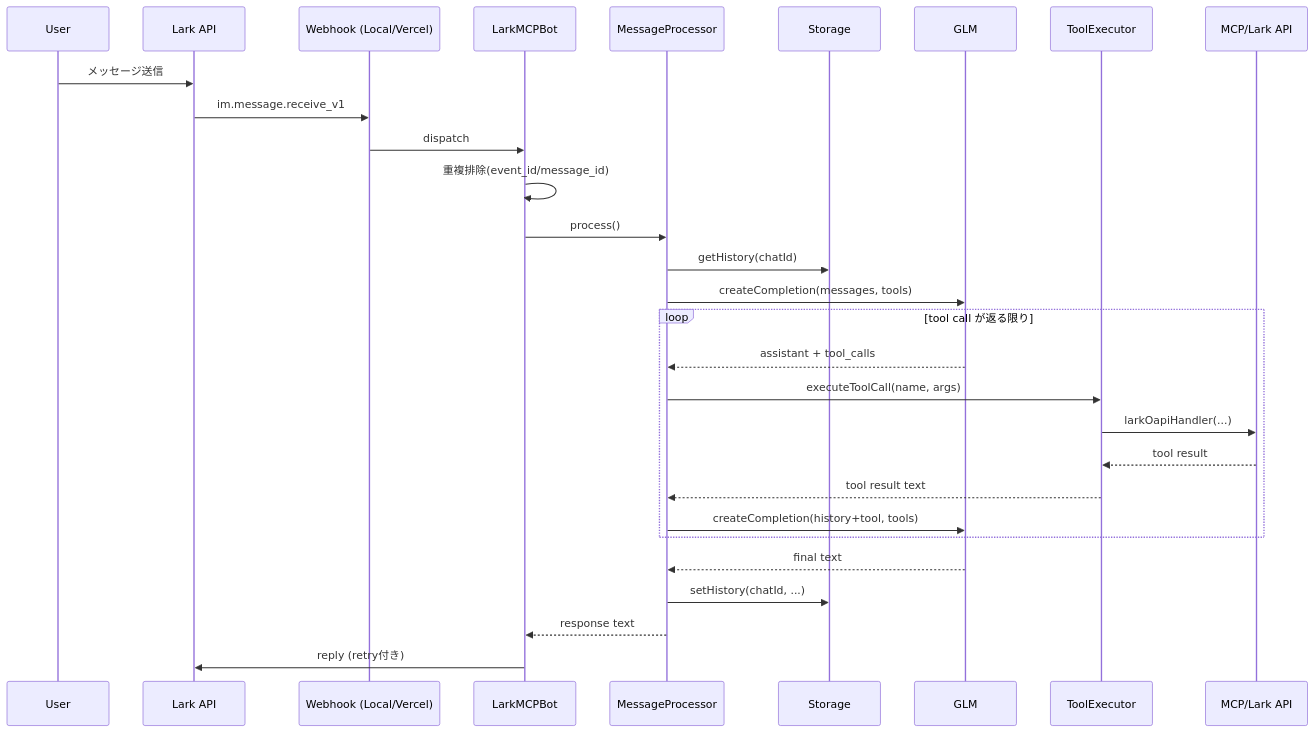
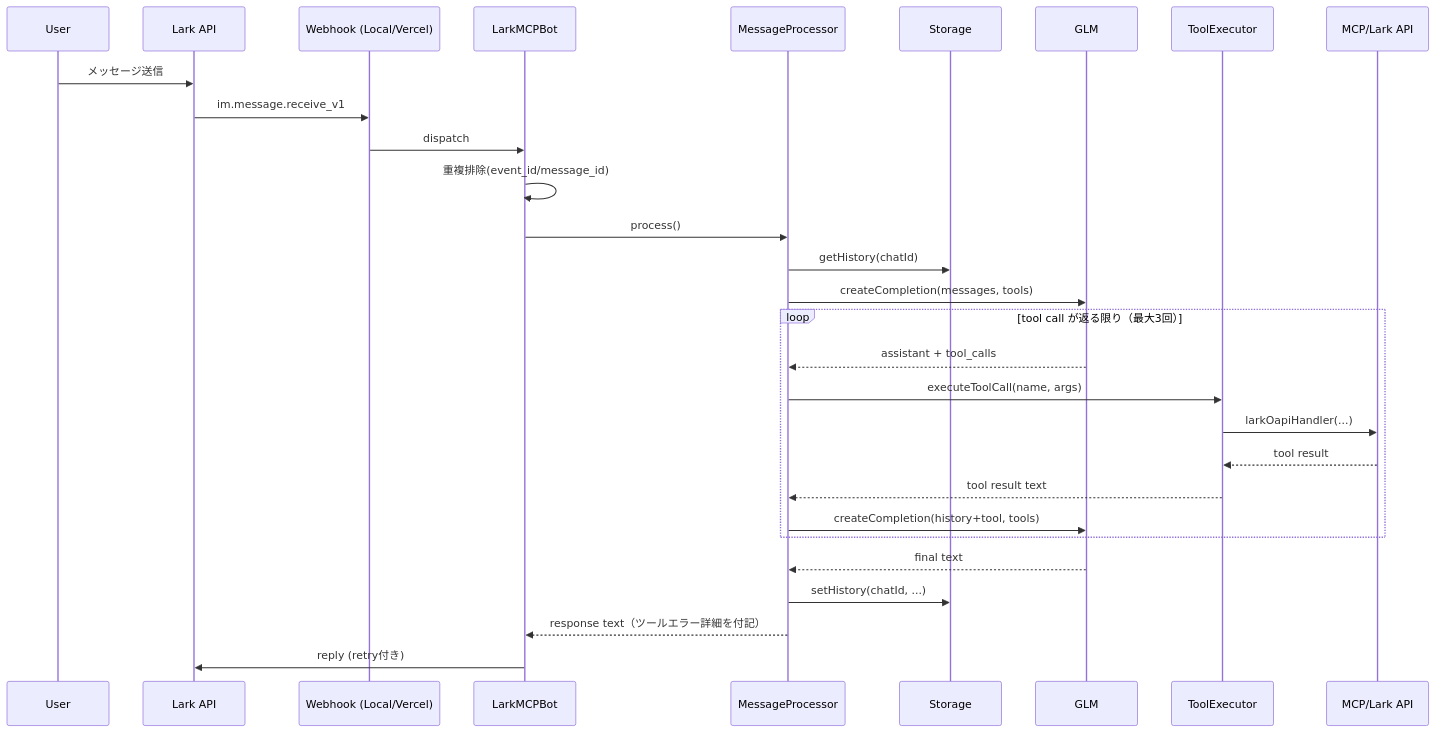
One commit to shoma-endo/lark-mcp-bot changed the second of 2 diagrams in README.md. Above: the diagram before and after it, drawn with Mermaid. The commit also changed other lines of this file and 4 other files, not shown here.

````diff
--- a/README.md
+++ b/README.md
@@ -89,34 +103,34 @@
 ```mermaid
 sequenceDiagram
     participant U as User
     participant L as Lark API
     participant W as Webhook (Local/Vercel)
     participant B as LarkMCPBot
     participant P as MessageProcessor
     participant S as Storage
     participant G as GLM
     participant T as ToolExecutor
     participant M as MCP/Lark API
 
     U->>L: メッセージ送信
     L->>W: im.message.receive_v1
     W->>B: dispatch
     B->>B: 重複排除(event_id/message_id)
     B->>P: process()
     P->>S: getHistory(chatId)
     P->>G: createCompletion(messages, tools)
 
-    loop tool call が返る限り
+    loop tool call が返る限り（最大3回）
         G-->>P: assistant + tool_calls
         P->>T: executeToolCall(name, args)
         T->>M: larkOapiHandler(...)
         M-->>T: tool result
         T-->>P: tool result text
         P->>G: createCompletion(history+tool, tools)
     end
 
     G-->>P: final text
     P->>S: setHistory(chatId, ...)
-    P-->>B: response text
+    P-->>B: response text（ツールエラー詳細を付記）
     B->>L: reply (retry付き)
 ```
````
